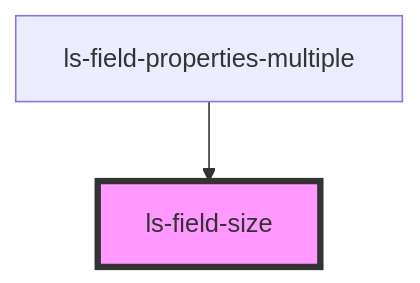
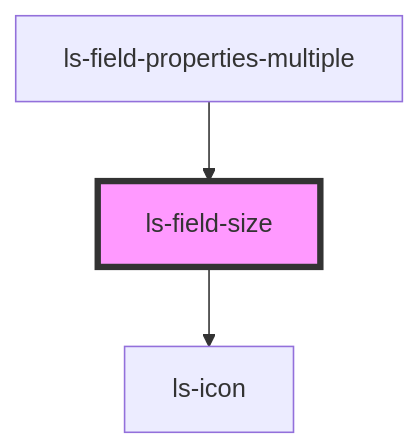
One commit to legalesign/ls-document-viewer changed the diagram in src/components/ls-field-size/readme.md. Above: the diagram before and after it, drawn with Mermaid. The commit also changed other lines of this file and 7 other files, not shown here.

````diff
--- a/src/components/ls-field-size/readme.md
+++ b/src/components/ls-field-size/readme.md
@@ -30,5 +34,6 @@
 ```mermaid
 graph TD;
+  ls-field-size --> ls-icon
   ls-field-properties-multiple --> ls-field-size
   style ls-field-size fill:#f9f,stroke:#333,stroke-width:4px
 ```
````
